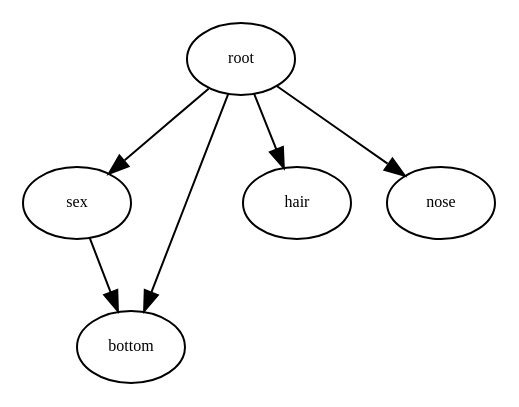
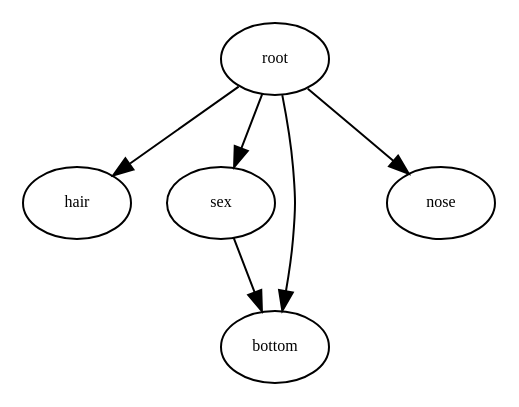
The diagram in graph.dot (chubas/beagle), drawn with Graphviz before and after one commit. The commit also changed other lines of this file and 3 other files, not shown here.

```diff
--- a/graph.dot
+++ b/graph.dot
@@ -1,46 +1,46 @@
 digraph RGL__DirectedAdjacencyGraph {
-    root [
+    hair [
         fontsize = 8,
-        label = root
+        label = hair
     ]
 
     sex [
         fontsize = 8,
         label = sex
     ]
 
+    root [
+        fontsize = 8,
+        label = root
+    ]
+
     bottom [
         fontsize = 8,
         label = bottom
     ]
 
-    hair [
-        fontsize = 8,
-        label = hair
-    ]
-
     nose [
         fontsize = 8,
         label = nose
+    ]
+
+    sex -> bottom [
+        fontsize = 8
+    ]
+
+    root -> hair [
+        fontsize = 8
     ]
 
     root -> sex [
         fontsize = 8
     ]
 
     root -> bottom [
         fontsize = 8
     ]
 
-    root -> hair [
-        fontsize = 8
-    ]
-
     root -> nose [
         fontsize = 8
     ]
-
-    sex -> bottom [
-        fontsize = 8
-    ]
 }
```
